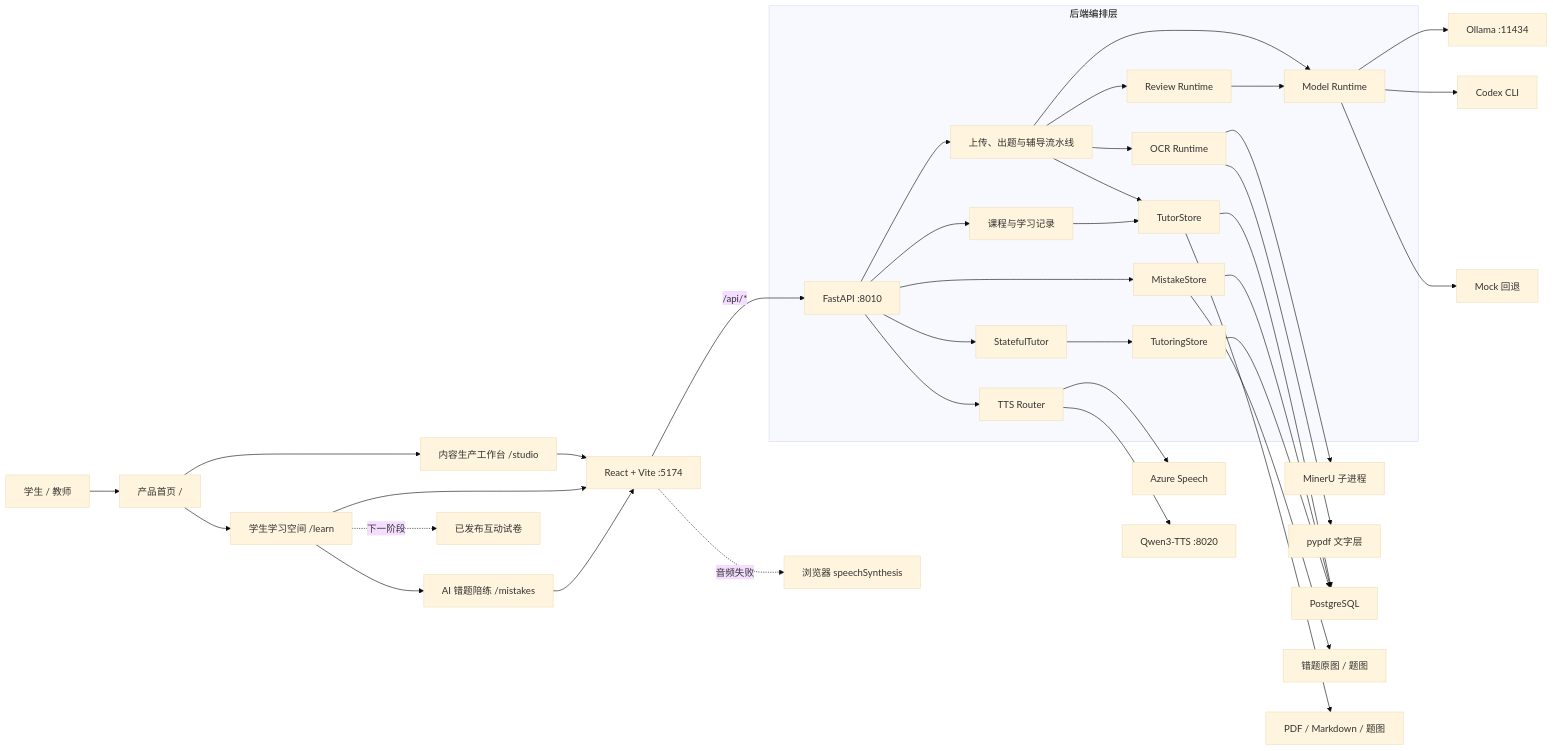
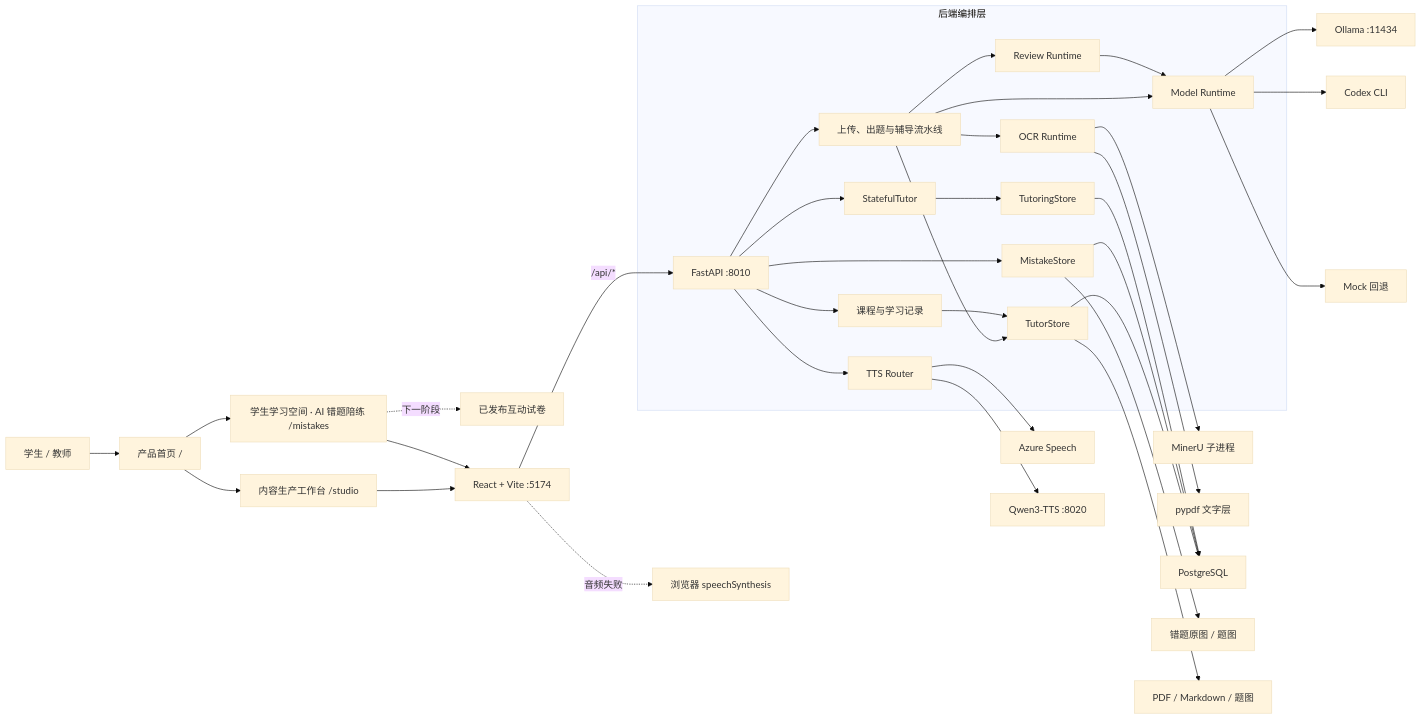
Before and after one commit to ningkaikok/dotty-tutor: the first of 4 diagrams in docs/architecture.md, drawn with Mermaid (base theme). The commit also changed other lines of this file and 15 other files, not shown here.

````diff
--- a/docs/architecture.md
+++ b/docs/architecture.md
@@ -12,41 +12,39 @@
 ```mermaid
 flowchart LR
   User["学生 / 教师"] --> Home["产品首页 /"]
-  Home --> Student["学生学习空间 /learn"]
+  Home --> Mistakes["学生学习空间 · AI 错题陪练 /mistakes"]
   Home --> Studio["内容生产工作台 /studio"]
-  Student --> Mistakes["AI 错题陪练 /mistakes"]
-  Student -. "下一阶段" .-> Papers["已发布互动试卷"]
+  Mistakes -. "下一阶段" .-> Papers["已发布互动试卷"]
   Studio --> Web["React + Vite :5174"]
-  Student --> Web
   Mistakes --> Web
   Web -->|"/api/*"| API["FastAPI :8010"]
 
   subgraph Backend["后端编排层"]
     API --> Pipeline["上传、出题与辅导流水线"]
     API --> Learning["课程与学习记录"]
     Pipeline --> OCR["OCR Runtime"]
     Pipeline --> Model["Model Runtime"]
     Pipeline --> Review["Review Runtime"]
     Pipeline --> Store["TutorStore"]
     Learning --> Store
     API --> TTS["TTS Router"]
     API --> MistakeStore["MistakeStore"]
     API --> Tutor["StatefulTutor"]
     Tutor --> ThreadStore["TutoringStore"]
     Review --> Model
   end
 
   OCR --> MinerU["MinerU 子进程"]
   OCR --> PyPDF["pypdf 文字层"]
   Model --> Ollama["Ollama :11434"]
   Model --> Codex["Codex CLI"]
   Model --> Mock["Mock 回退"]
   Store --> PostgreSQL["PostgreSQL"]
   MistakeStore --> PostgreSQL
   ThreadStore --> PostgreSQL
   MistakeStore --> MistakeFiles["错题原图 / 题图"]
   Store --> Files["PDF / Markdown / 题图"]
   TTS --> Azure["Azure Speech"]
   TTS --> Qwen["Qwen3-TTS :8020"]
   Web -. "音频失败" .-> BrowserTTS["浏览器 speechSynthesis"]
 ```
````
